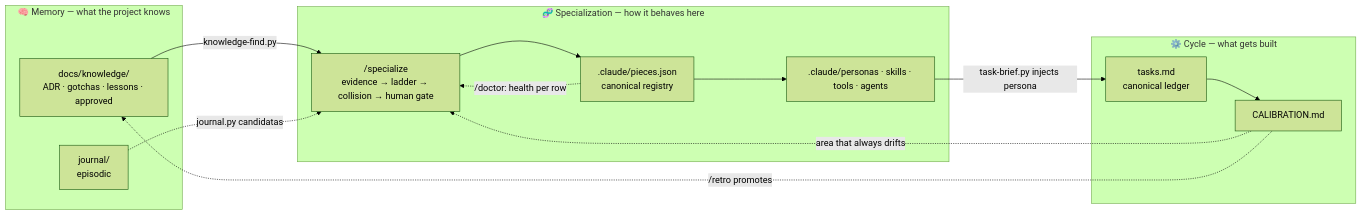
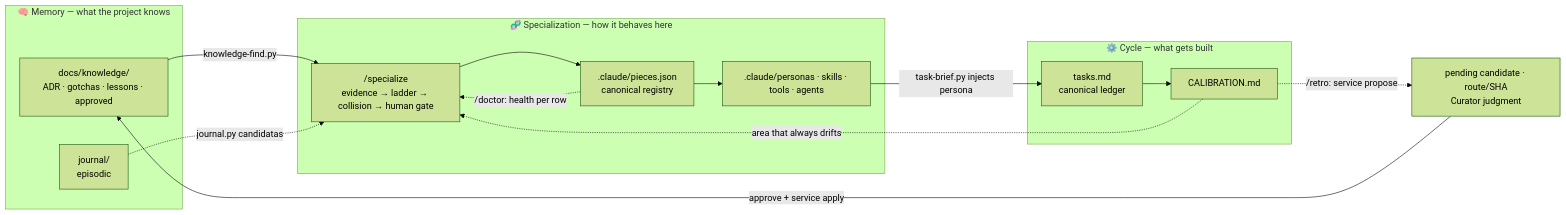
Diagram 18 of 24 in docs/en/FLOWS.md (daycry/custom-agents), drawn with Mermaid (forest theme) before and after one commit. The commit also changed other lines of this file and 106 other files, not shown here.

````diff
--- a/docs/en/FLOWS.md
+++ b/docs/en/FLOWS.md
@@ -515,24 +581,25 @@
 ```mermaid
 flowchart LR
   subgraph MEM["🧠 Memory — what the project knows"]
     K["docs/knowledge/<br/>ADR · gotchas · lessons · approved"]
     J["journal/<br/>episodic"]
   end
   subgraph ESP["🧬 Specialization — how it behaves here"]
     SP["/specialize<br/>evidence → ladder → collision → human gate"]
     REG[".claude/pieces.json<br/>canonical registry"]
     PZ[".claude/personas · skills · tools · agents"]
   end
   subgraph CIC["⚙️ Cycle — what gets built"]
     T["tasks.md<br/>canonical ledger"]
     CAL["CALIBRATION.md"]
   end
   K -->|"knowledge-find.py"| SP
   J -.->|"journal.py candidatas"| SP
   CAL -.->|"area that always drifts"| SP
   SP --> REG --> PZ
   PZ -->|"task-brief.py injects persona"| T
   T --> CAL
-  CAL -.->|"/retro promotes"| K
+  CAL -.->|"/retro: service propose"| CP["pending candidate · route/SHA<br/>Curator judgment"]
+  CP -->|"approve + service apply"| K
   REG -.->|"/doctor: health per row"| SP
 ```
````
